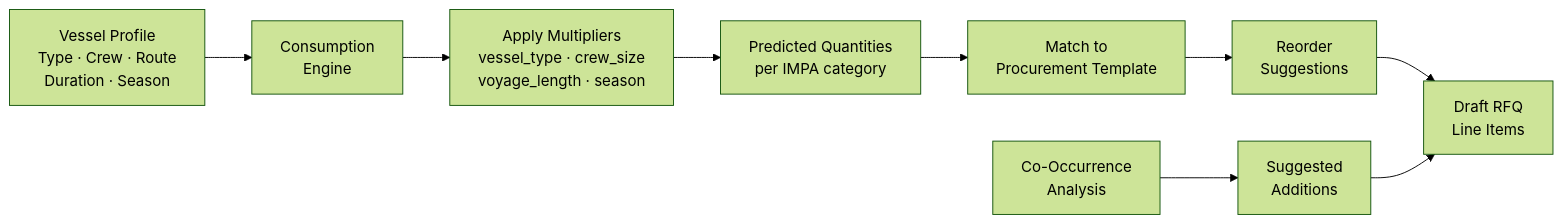
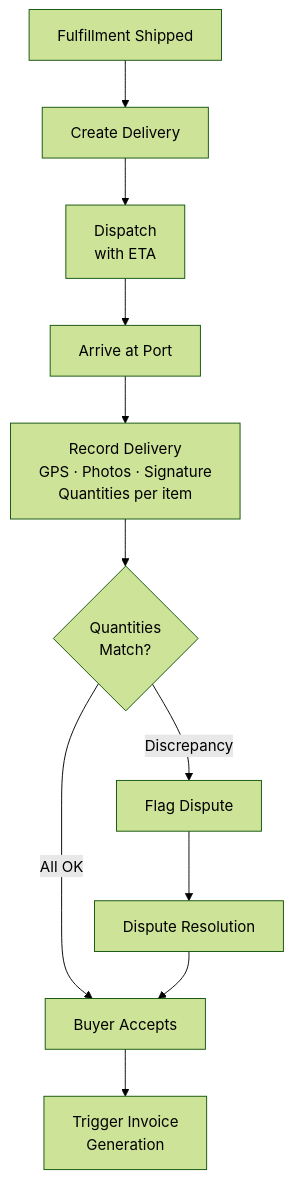
The eighth of 14 diagrams in docs/FEATURES_AND_ARCHITECTURE.md (arunmenon/PortiQ), drawn with Mermaid (forest theme) before and after one commit. The commit also changed other lines of this file and 90 other files, not shown here.

````diff
--- a/docs/FEATURES_AND_ARCHITECTURE.md
+++ b/docs/FEATURES_AND_ARCHITECTURE.md
@@ -695,16 +571,13 @@
 ```mermaid
-flowchart LR
-    INPUT[Vessel Profile<br/>Type · Crew · Route<br/>Duration · Season] --> ENGINE[Consumption<br/>Engine]
-
-    ENGINE --> MULTIPLIERS[Apply Multipliers<br/>vessel_type · crew_size<br/>voyage_length · season]
-
-    MULTIPLIERS --> PREDICTIONS[Predicted Quantities<br/>per IMPA category]
-
-    PREDICTIONS --> TEMPLATE[Match to<br/>Procurement Template]
-
-    TEMPLATE --> REORDER[Reorder<br/>Suggestions]
-
-    COOC[Co-Occurrence<br/>Analysis] --> ADDITIONS[Suggested<br/>Additions]
-
-    REORDER & ADDITIONS --> DRAFT_RFQ[Draft RFQ<br/>Line Items]
+flowchart TB
+    FULFILL[Fulfillment Shipped] --> CREATE[Create Delivery]
+    CREATE --> DISPATCH[Dispatch<br/>with ETA]
+    DISPATCH --> ARRIVE[Arrive at Port]
+    ARRIVE --> RECORD[Record Delivery<br/>GPS · Photos · Signature<br/>Quantities per item]
+    RECORD --> VERIFY{Quantities<br/>Match?}
+    VERIFY -->|All OK| ACCEPT[Buyer Accepts]
+    VERIFY -->|Discrepancy| DISPUTE[Flag Dispute]
+    DISPUTE --> RESOLVE[Dispute Resolution]
+    RESOLVE --> ACCEPT
+    ACCEPT --> INVOICE[Trigger Invoice<br/>Generation]
 ```
````
